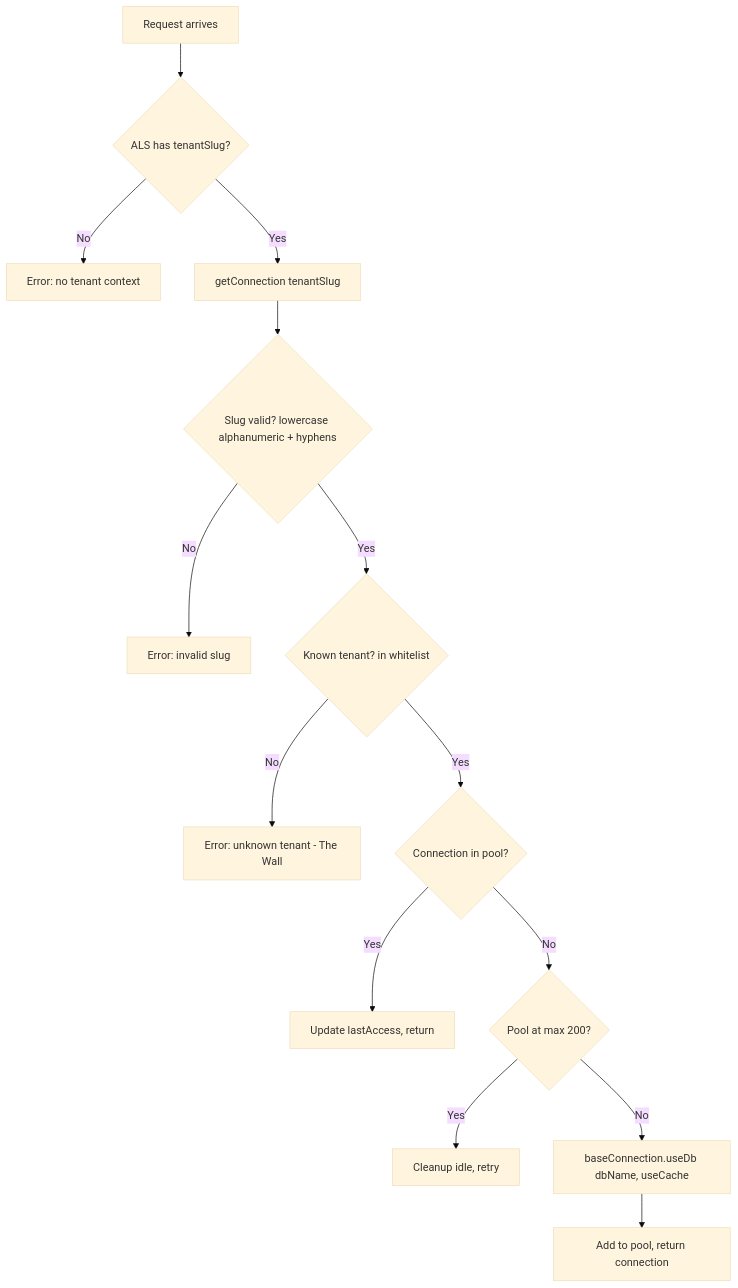
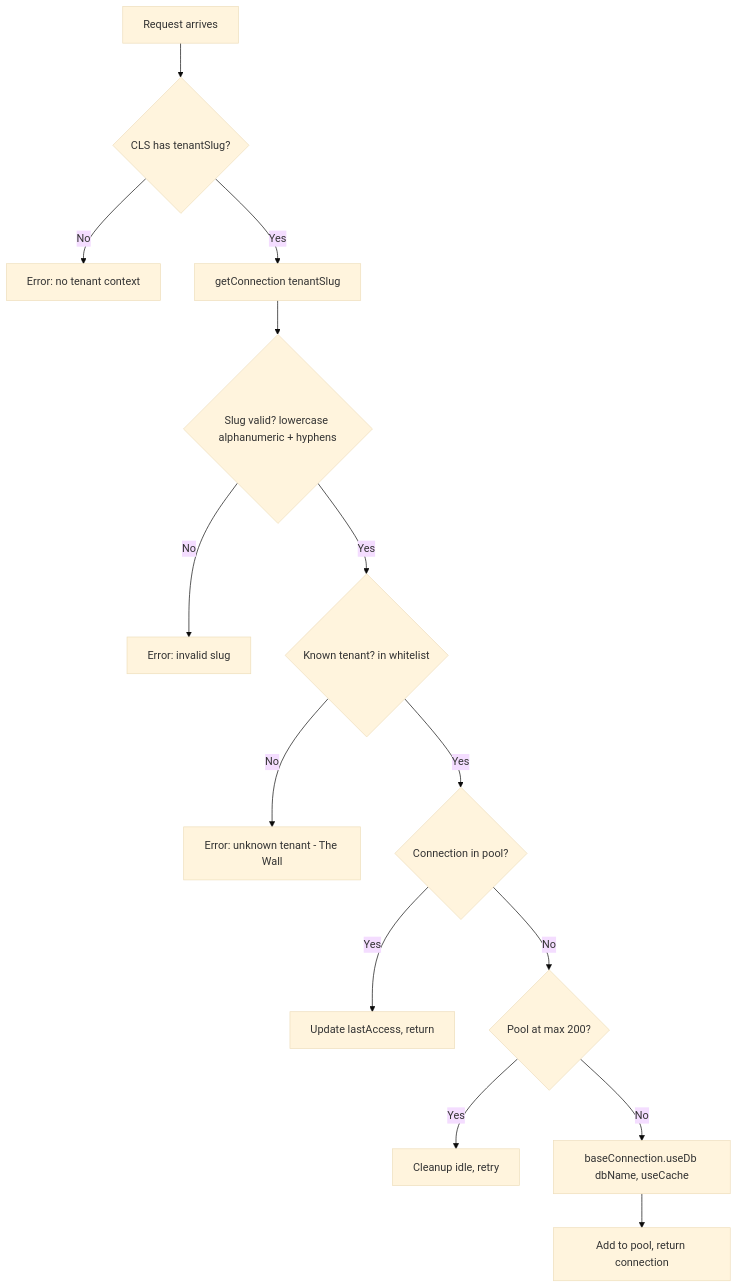
One commit to CucuProject/cucu-docs changed the third of 5 diagrams in docs/architecture/multi-tenant.md. Above: the diagram before and after it, drawn with Mermaid (base theme). The commit also changed other lines of this file and 8 other files, not shown here.

````diff
--- a/docs/architecture/multi-tenant.md
+++ b/docs/architecture/multi-tenant.md
@@ -96,16 +170,16 @@
 ```mermaid
 flowchart TD
-    A[Request arrives] --> B{ALS has tenantSlug?}
+    A[Request arrives] --> B{CLS has tenantSlug?}
     B -->|No| C[Error: no tenant context]
     B -->|Yes| D[getConnection tenantSlug]
     D --> E{Slug valid? lowercase alphanumeric + hyphens}
     E -->|No| F[Error: invalid slug]
     E -->|Yes| G{Known tenant? in whitelist}
     G -->|No| H[Error: unknown tenant - The Wall]
     G -->|Yes| I{Connection in pool?}
     I -->|Yes| J[Update lastAccess, return]
     I -->|No| K{Pool at max 200?}
     K -->|Yes| L[Cleanup idle, retry]
     K -->|No| M[baseConnection.useDb dbName, useCache]
     M --> N[Add to pool, return connection]
 ```
````
